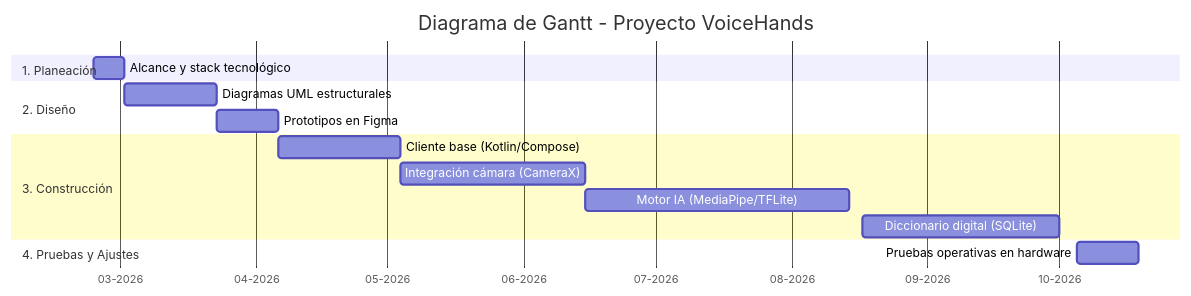
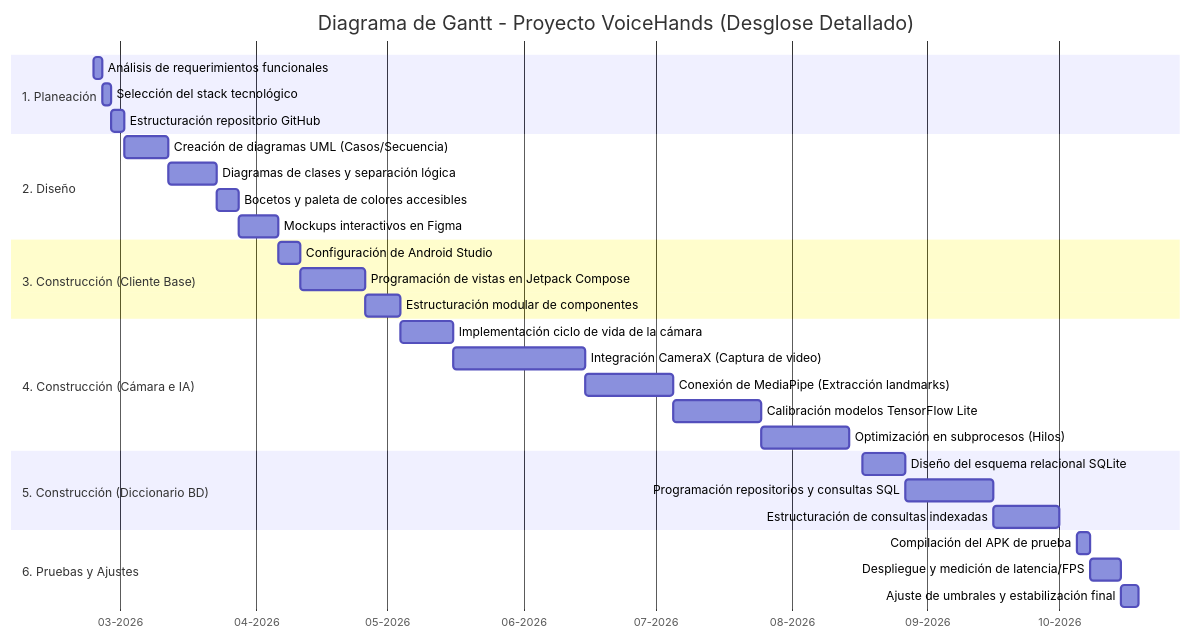
Before and after one commit to KvinDRojasr-Mach/VoiceHandsV.0.1: the diagram in README.md, drawn with Mermaid.

Commit message:
Mejora del diagrama de Gantt
Se añaden las subtareas pendientes para completar el diagrama de Gantt

````diff
--- a/README.md
+++ b/README.md
@@ -2,22 +2,39 @@
 ```mermaid
 gantt
-    title Diagrama de Gantt - Proyecto VoiceHands
+    title Diagrama de Gantt - Proyecto VoiceHands (Desglose Detallado)
     dateFormat  YYYY-MM-DD
     axisFormat  %m-%Y
     
     section 1. Planeación
-    Alcance y stack tecnológico      :a1, 2026-02-23, 7d
+    Análisis de requerimientos funcionales      :a1, 2026-02-23, 2d
+    Selección del stack tecnológico             :a2, after a1, 2d
+    Estructuración repositorio GitHub           :a3, after a2, 3d
     
     section 2. Diseño
-    Diagramas UML estructurales      :a2, 2026-03-02, 21d
-    Prototipos en Figma              :a3, 2026-03-23, 14d
+    Creación de diagramas UML (Casos/Secuencia) :a4, 2026-03-02, 10d
+    Diagramas de clases y separación lógica     :a5, after a4, 11d
+    Bocetos y paleta de colores accesibles      :a6, 2026-03-23, 5d
+    Mockups interactivos en Figma               :a7, after a6, 9d
     
-    section 3. Construcción
-    Cliente base (Kotlin/Compose)    :a4, 2026-04-06, 28d
-    Integración cámara (CameraX)     :a5, 2026-05-04, 42d
-    Motor IA (MediaPipe/TFLite)      :a6, 2026-06-15, 60d
-    Diccionario digital (SQLite)     :a7, 2026-08-17, 45d
+    section 3. Construcción (Cliente Base)
+    Configuración de Android Studio             :a8, 2026-04-06, 5d
+    Programación de vistas en Jetpack Compose   :a9, after a8, 15d
+    Estructuración modular de componentes       :a10, after a9, 8d
     
-    section 4. Pruebas y Ajustes
-    Pruebas operativas en hardware   :a8, 2026-10-05, 14d
+    section 4. Construcción (Cámara e IA)
+    Implementación ciclo de vida de la cámara   :a11, 2026-05-04, 12d
+    Integración CameraX (Captura de video)      :a12, after a11, 30d
+    Conexión de MediaPipe (Extracción landmarks):a13, 2026-06-15, 20d
+    Calibración modelos TensorFlow Lite         :a14, after a13, 20d
+    Optimización en subprocesos (Hilos)         :a15, after a14, 20d
+    
+    section 5. Construcción (Diccionario BD)
+    Diseño del esquema relacional SQLite        :a16, 2026-08-17, 10d
+    Programación repositorios y consultas SQL   :a17, after a16, 20d
+    Estructuración de consultas indexadas       :a18, after a17, 15d
+    
+    section 6. Pruebas y Ajustes
+    Compilación del APK de prueba               :a19, 2026-10-05, 3d
+    Despliegue y medición de latencia/FPS       :a20, after a19, 7d
+    Ajuste de umbrales y estabilización final   :a21, after a20, 4d
 ```
````
